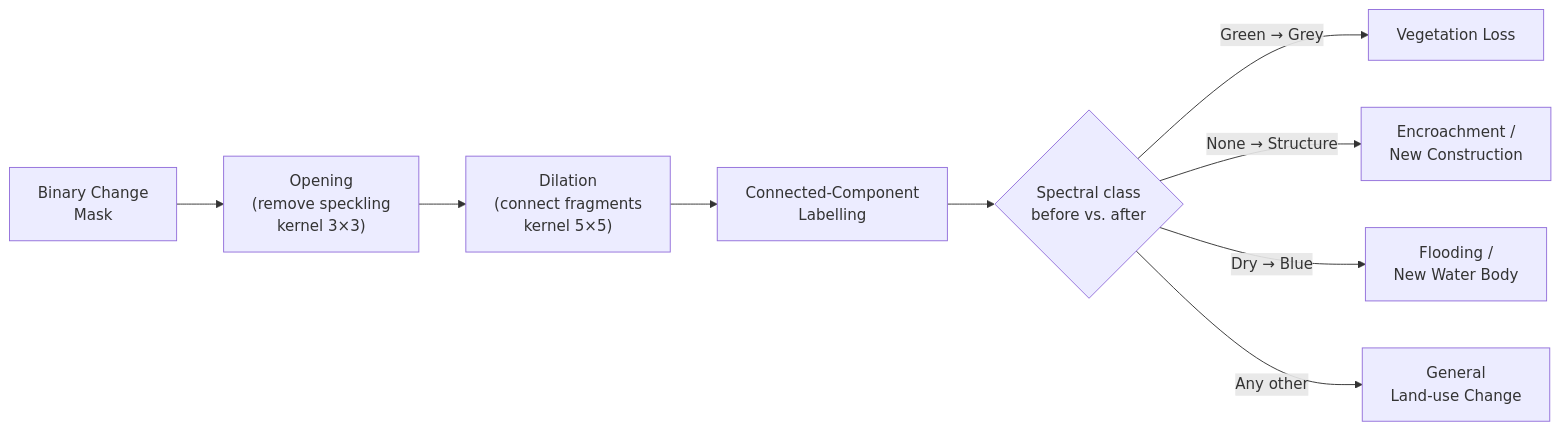
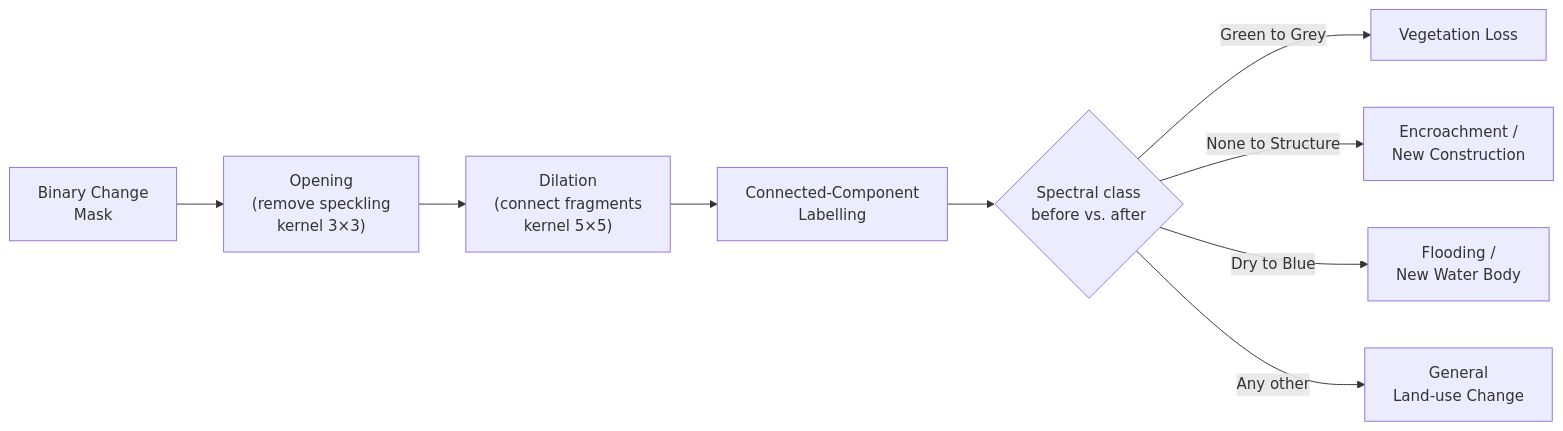
Before and after one commit to tejassinghbhati/AISAMS: the second of 4 diagrams in README.md, drawn with Mermaid. The commit also changed other lines of this file, not shown here.

Commit message:
docs: rewrite README as scientific technical document with Mermaid diagrams

````diff
--- a/README.md
+++ b/README.md
@@ -159,11 +159,11 @@
 ```mermaid
 flowchart LR
     A["Binary Change\nMask"] --> B["Opening\n(remove speckling\nkernel 3×3)"]
     B --> C["Dilation\n(connect fragments\nkernel 5×5)"]
     C --> D["Connected-Component\nLabelling"]
     D --> E{"Spectral class\nbefore vs. after"}
-    E -->|"Green → Grey"| F["Vegetation Loss"]
-    E -->|"None → Structure"| G["Encroachment /\nNew Construction"]
-    E -->|"Dry → Blue"| H["Flooding /\nNew Water Body"]
+    E -->|"Green to Grey"| F["Vegetation Loss"]
+    E -->|"None to Structure"| G["Encroachment /\nNew Construction"]
+    E -->|"Dry to Blue"| H["Flooding /\nNew Water Body"]
     E -->|"Any other"| I["General\nLand-use Change"]
 ```
````
